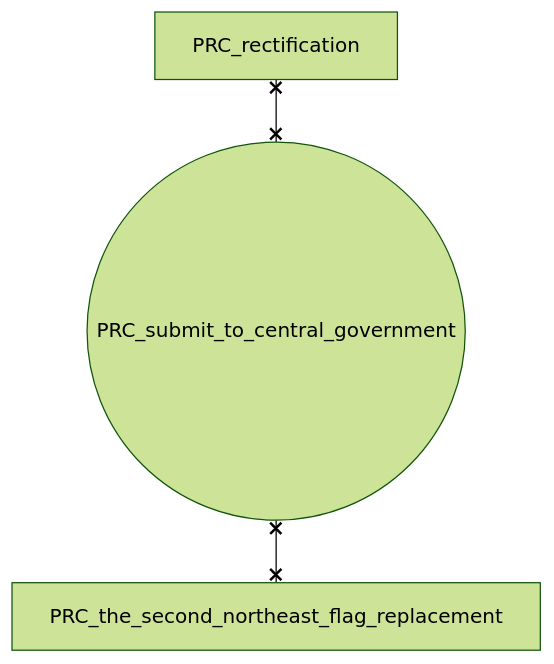
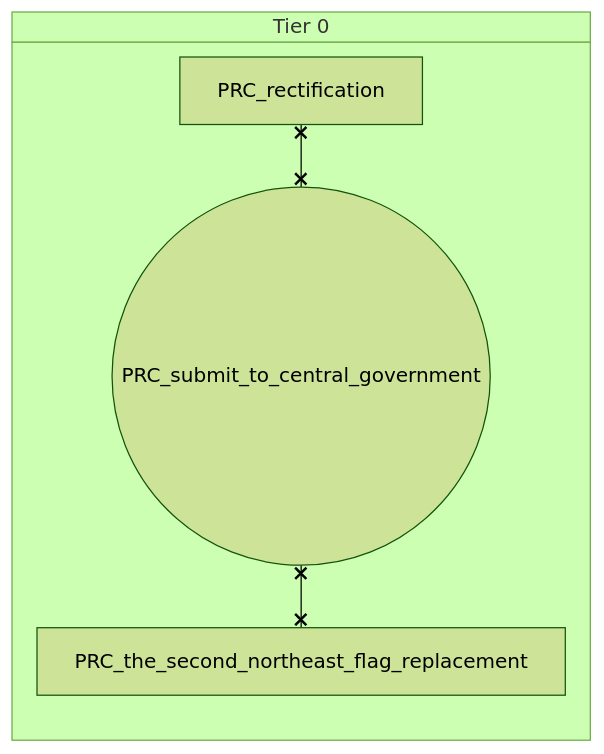
One commit to evgeny-sobol/hoi4-sandbox-mode-r56 changed the fourth of 5 diagrams in docs/gdd/National Focuses/r56/china_communist.md. Above: the diagram before and after it, drawn with Mermaid (forest theme). The commit also changed other lines of this file and 423 other files, not shown here.

First line of the commit message:
Re-export Rt56 focus trees as swimlane diagrams

````diff
--- a/docs/gdd/National Focuses/r56/china_communist.md
+++ b/docs/gdd/National Focuses/r56/china_communist.md
@@ -297,8 +343,10 @@
 ```mermaid
-flowchart TD
-    n104["PRC_rectification"]
-    n113(("PRC_submit_to_central_government"))
-    n120["PRC_the_second_northeast_flag_replacement"]
-    n104 x--x n113
-    n113 x--x n120
+swimlane-beta TD
+    subgraph tier_0["Tier 0"]
+        n62["PRC_rectification"]
+        n63(("PRC_submit_to_central_government"))
+        n64["PRC_the_second_northeast_flag_replacement"]
+    end
+    n62 x--x n63
+    n63 x--x n64
 ```
````
